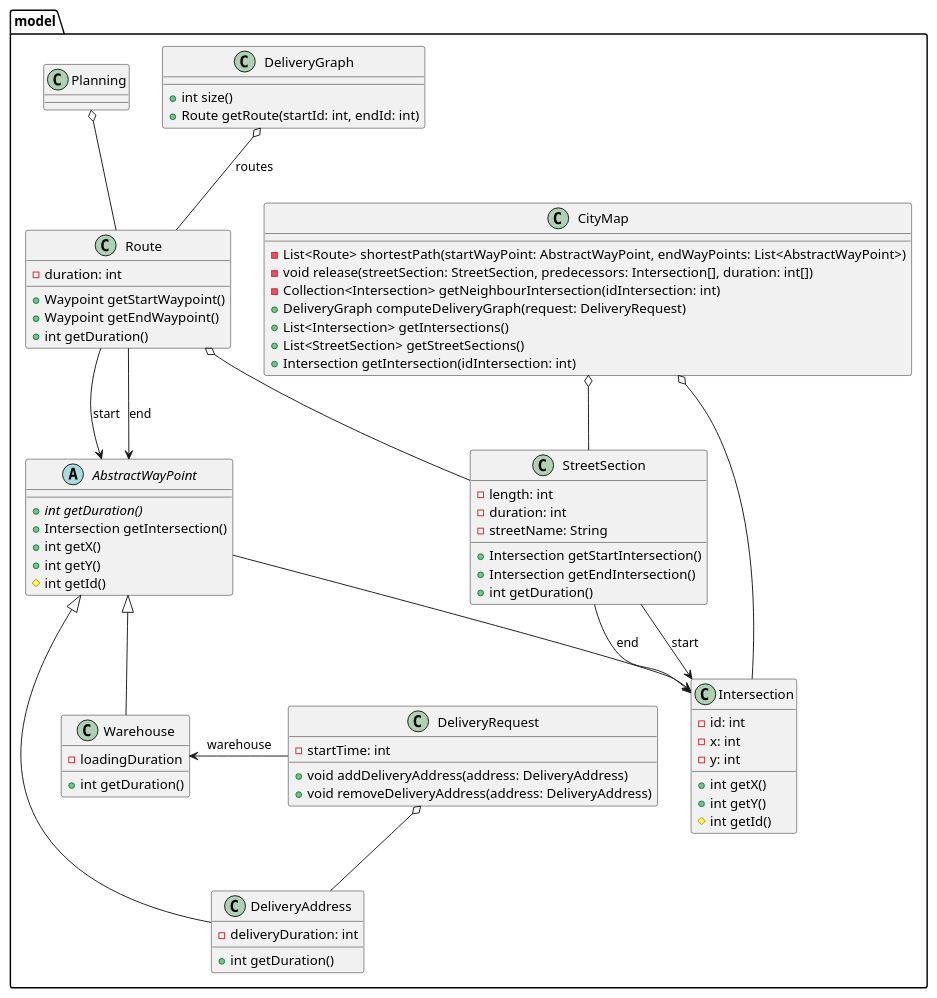
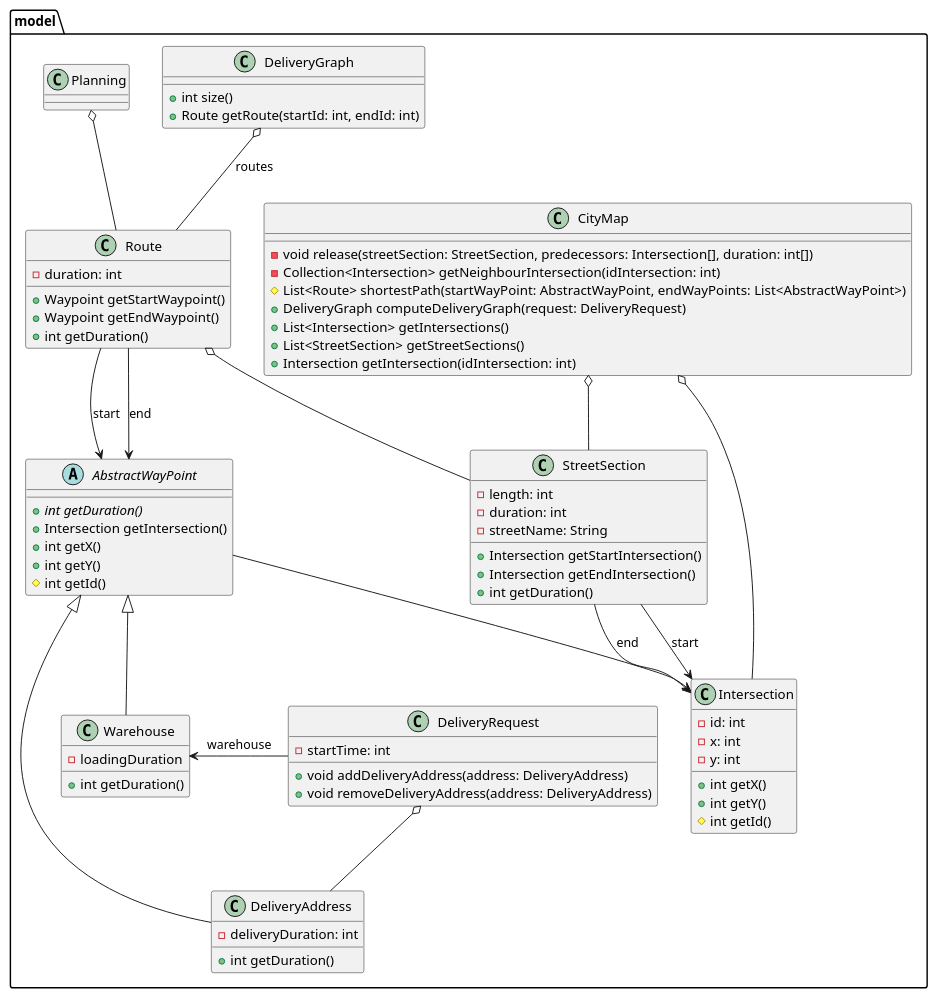
The diagram in docs/uml/package.model.puml (if-h4102/pld-agile), drawn with PlantUML before and after one commit. The commit also changed 1 other file, not shown here.

Commit message:
CityMap.shorestPath() is now protected

```diff
--- a/docs/uml/package.model.puml
+++ b/docs/uml/package.model.puml
@@ -1,89 +1,89 @@
 @startuml
 
 package model {
     class CityMap {
-       -List<Route> shortestPath(startWayPoint: AbstractWayPoint, endWayPoints: List<AbstractWayPoint>)
        -void release(streetSection: StreetSection, predecessors: Intersection[], duration: int[])
        -Collection<Intersection> getNeighbourIntersection(idIntersection: int)
+       #List<Route> shortestPath(startWayPoint: AbstractWayPoint, endWayPoints: List<AbstractWayPoint>)
        +DeliveryGraph computeDeliveryGraph(request: DeliveryRequest)
        +List<Intersection> getIntersections()
        +List<StreetSection> getStreetSections()
        +Intersection getIntersection(idIntersection: int)
     }
 
     class DeliveryGraph {
         +int size()
         +Route getRoute(startId: int, endId: int)
     }
 
     class StreetSection {
         -length: int
         -duration: int
         -streetName: String
         +Intersection getStartIntersection()
         +Intersection getEndIntersection()
         +int getDuration()
     }
 
     class Intersection {
         -id: int
         -x: int
         -y: int
         +int getX()
         +int getY()
         #int getId()
     }
 
     abstract class AbstractWayPoint {
         +{abstract} int getDuration()
         +Intersection getIntersection()
         +int getX()
         +int getY()
         #int getId()
     }
 
     class DeliveryAddress {
         -deliveryDuration: int
         +int getDuration()
     }
 
     class Warehouse {
         -loadingDuration
         +int getDuration()
     }
 
     class DeliveryRequest {
         -startTime: int
         +void addDeliveryAddress(address: DeliveryAddress)
         +void removeDeliveryAddress(address: DeliveryAddress)
     }
 
     class Planning {
     }
 
     class Route {
         -duration: int
         +Waypoint getStartWaypoint()
         +Waypoint getEndWaypoint()
         +int getDuration()
     }
 
     CityMap o-- StreetSection
     CityMap o-- Intersection
     AbstractWayPoint --> Intersection
     StreetSection --> Intersection : end
     StreetSection --> Intersection : start
     Route o-- StreetSection
     Route --> AbstractWayPoint : end
     Route --> AbstractWayPoint : start
     AbstractWayPoint <|-- DeliveryAddress
     AbstractWayPoint <|-- Warehouse
     DeliveryRequest o-- DeliveryAddress
     DeliveryRequest -left-> Warehouse : warehouse
     DeliveryGraph o-- Route : routes
     Planning o-- Route
 }
 
 
 
 @enduml
```
